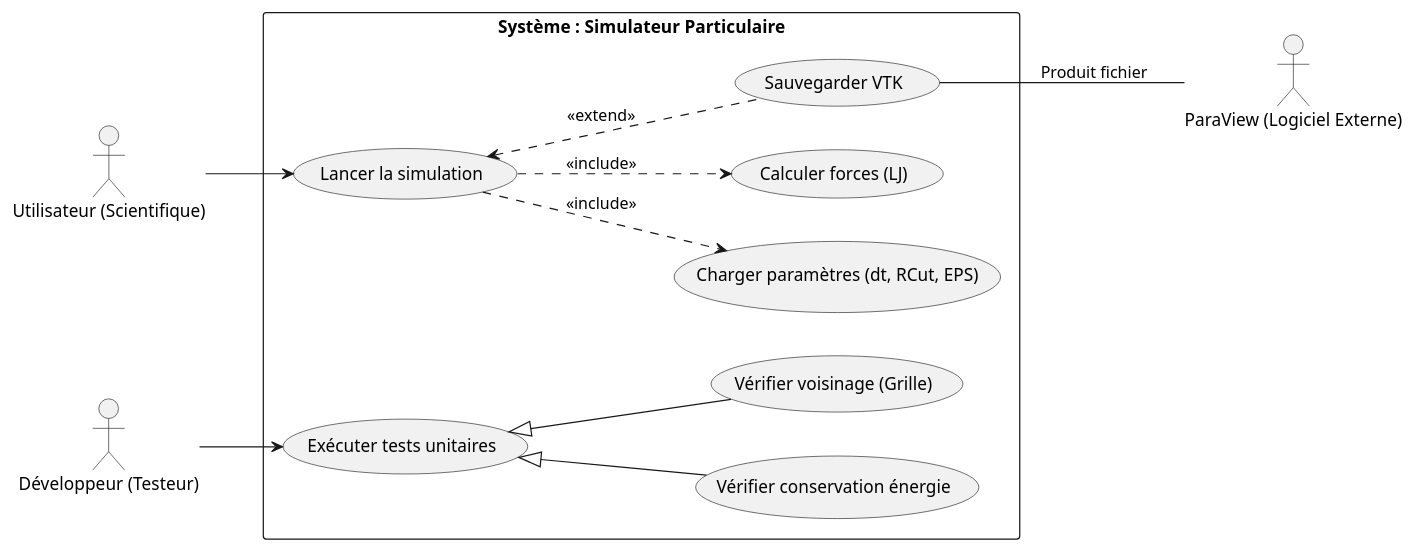
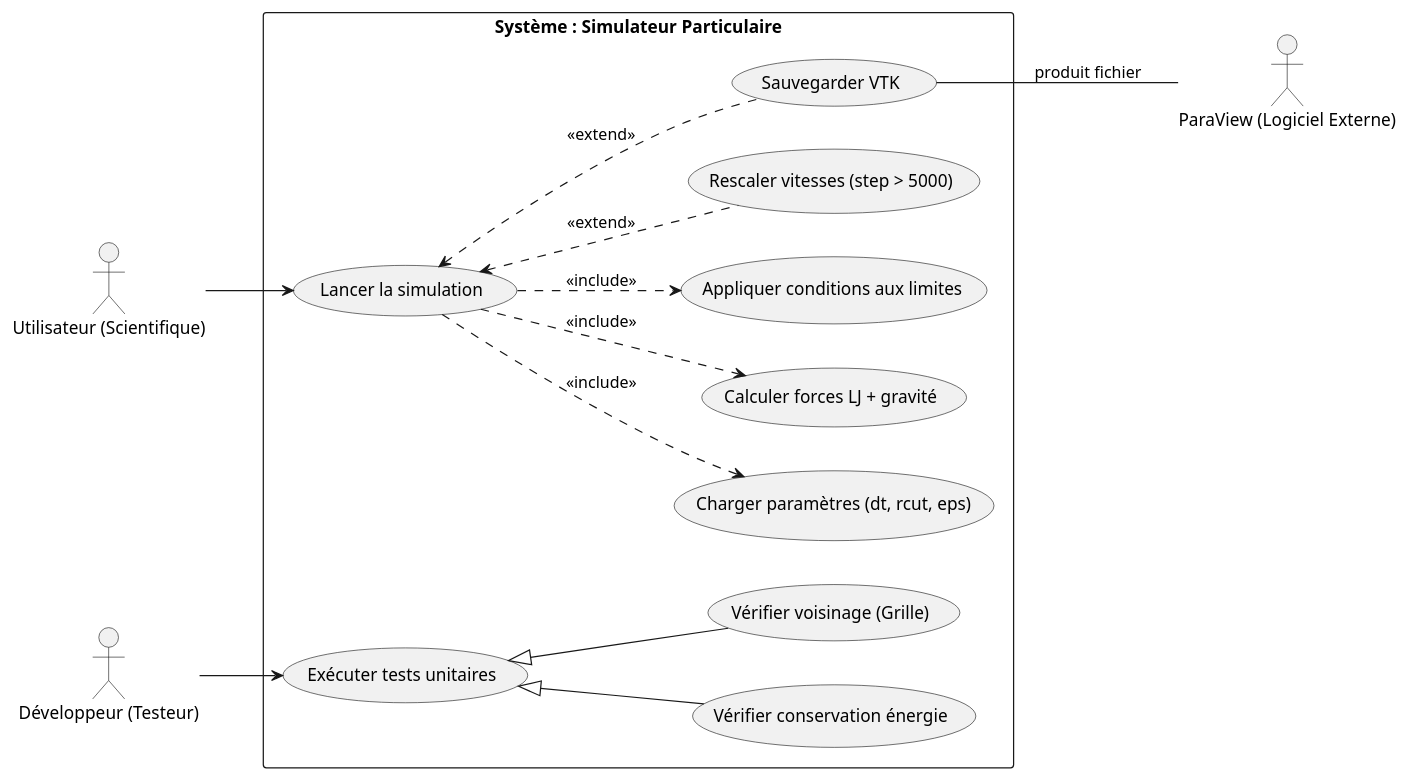
Before and after one commit to malowx21/cpp_projet: the diagram in TP6_MODIF/diagrammes/usecase.puml, drawn with PlantUML. The commit also changed 3 other files, not shown here.

Commit message:
Mise à jour des diagrammes avec les nouvelles fonctions ajoutées dans le tp6

```diff
--- a/TP6_MODIF/diagrammes/usecase.puml
+++ b/TP6_MODIF/diagrammes/usecase.puml
@@ -1,32 +1,28 @@
 @startuml
 left to right direction
 skinparam packageStyle rectangle
-
 actor "Utilisateur (Scientifique)" as User
 actor "Développeur (Testeur)" as Dev
 actor "ParaView (Logiciel Externe)" as PV
-
 rectangle "Système : Simulateur Particulaire" {
-  
   usecase "Lancer la simulation" as UC_Sim
-  usecase "Charger paramètres (dt, RCut, EPS)" as UC_Load
-  usecase "Calculer forces (LJ)" as UC_Force
+  usecase "Charger paramètres (dt, rcut, eps)" as UC_Load
+  usecase "Calculer forces LJ + gravité" as UC_Force
+  usecase "Appliquer conditions aux limites" as UC_CL
+  usecase "Rescaler vitesses (step > 5000)" as UC_Resc
   usecase "Sauvegarder VTK" as UC_VTK
-  
   usecase "Exécuter tests unitaires" as UC_Test
   usecase "Vérifier conservation énergie" as UC_Test1
   usecase "Vérifier voisinage (Grille)" as UC_Test2
-  
-  ' Relations Utilisateur
   User --> UC_Sim
-  UC_Sim ..> UC_Load : <<include>>
-  UC_Sim <.. UC_VTK : <<extend>>
-  UC_VTK -- PV : Produit fichier
+  UC_Sim ..> UC_Load  : <<include>>
   UC_Sim ..> UC_Force : <<include>>
-
-  ' Relations Développeur
+  UC_Sim ..> UC_CL    : <<include>>
+  UC_Sim <.. UC_Resc  : <<extend>>
+  UC_Sim <.. UC_VTK   : <<extend>>
+  UC_VTK -- PV : produit fichier
   Dev --> UC_Test
   UC_Test <|-- UC_Test1
   UC_Test <|-- UC_Test2
 }
 @enduml
```
